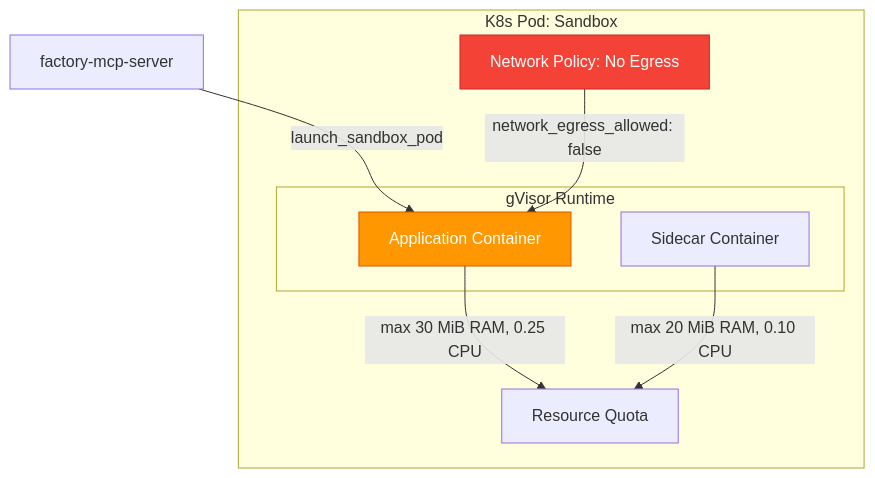
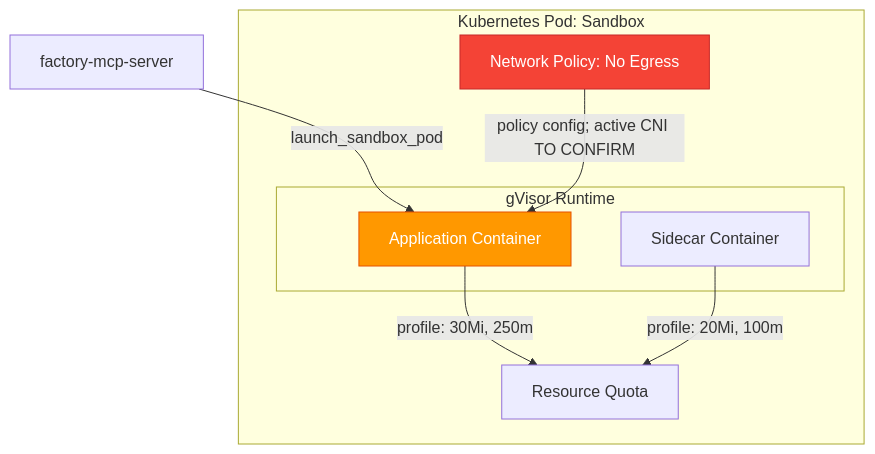
Before and after one commit to lgcorzo/rust_CACD_autonomous_factory: the third of 5 diagrams in wiki/security/security_architecture.md, drawn with Mermaid. The commit also changed other lines of this file and 77 other files, not shown here.

````diff
--- a/wiki/security/security_architecture.md
+++ b/wiki/security/security_architecture.md
@@ -114,19 +114,19 @@
 ```mermaid
 graph TB
-    subgraph "K8s Pod: Sandbox"
+    subgraph "Kubernetes Pod: Sandbox"
         subgraph "gVisor Runtime"
             APP["Application Container"]
             SIDE["Sidecar Container"]
         end
         NET["Network Policy: No Egress"]
         RES["Resource Quota"]
     end
     
     MCP["factory-mcp-server"] --> |"launch_sandbox_pod"| APP
-    APP --> |"max 30 MiB RAM, 0.25 CPU"| RES
-    SIDE --> |"max 20 MiB RAM, 0.10 CPU"| RES
-    NET --> |"network_egress_allowed: false"| APP
+    APP --> |"profile: 30Mi, 250m"| RES
+    SIDE --> |"profile: 20Mi, 100m"| RES
+    NET --> |"policy config; active CNI TO CONFIRM"| APP
 
     style APP fill:#FF9800,stroke:#E65100,color:#fff
     style NET fill:#f44336,stroke:#c62828,color:#fff
 ```
````
